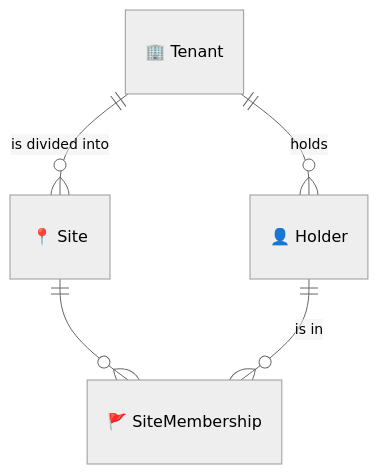
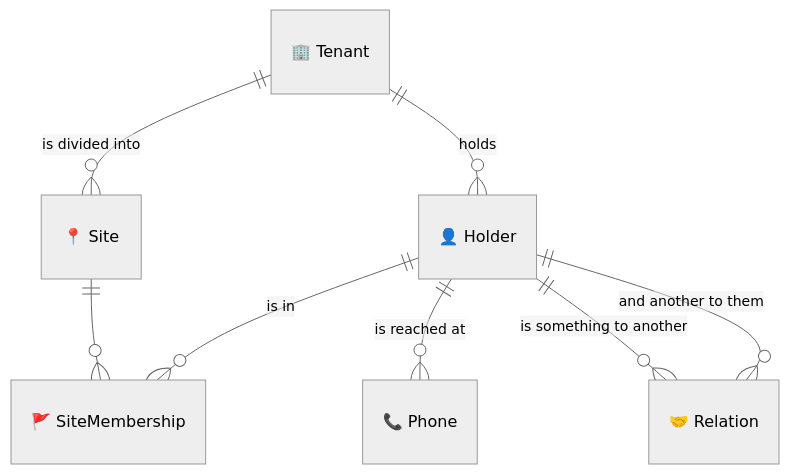
Before and after one commit to lesomnus/roster: the second of 8 diagrams in docs/entity.md, drawn with Mermaid (neutral theme). The commit also changed other lines of this file and 36 other files, not shown here.

````diff
--- a/docs/entity.md
+++ b/docs/entity.md
@@ -82,7 +84,10 @@
 ```mermaid
 erDiagram
   "🏢 Tenant"  ||--o{  "📍 Site" : "is divided into"
   "🏢 Tenant"  ||--o{  "👤 Holder" : holds
   "📍 Site"    ||--o{  "🚩 SiteMembership" : ""
   "👤 Holder"  ||--o{  "🚩 SiteMembership" : "is in"
+  "👤 Holder"  ||--o{  "📞 Phone" : "is reached at"
+  "👤 Holder"  ||--o{  "🤝 Relation" : "is something to another"
+  "👤 Holder"  ||--o{  "🤝 Relation" : "and another to them"
 ```
````
